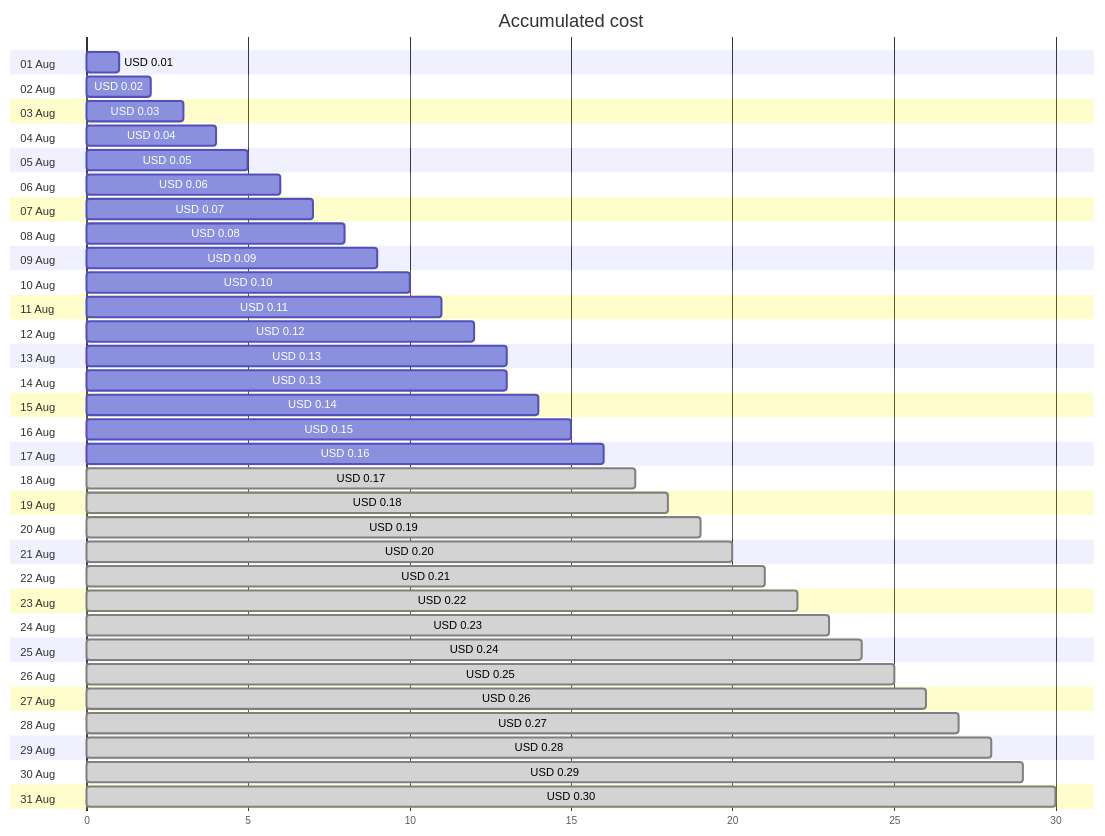
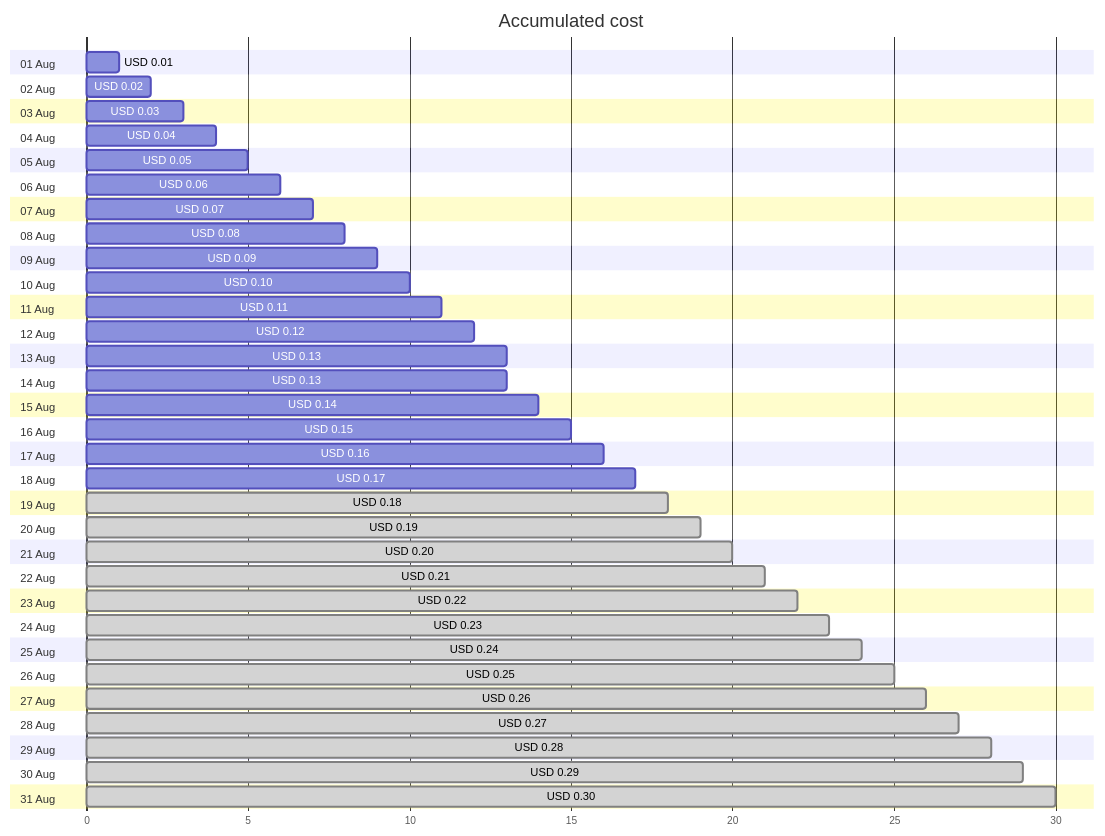
The first of 4 diagrams in cost-reports/cloud-shell-storage-eastus/README.md (jpfulton/azure-personal-reports), drawn with Mermaid before and after one commit. The commit also changed other lines of this file and 1 other file, not shown here.

````diff
--- a/cost-reports/cloud-shell-storage-eastus/README.md
+++ b/cost-reports/cloud-shell-storage-eastus/README.md
@@ -20,68 +20,68 @@
 ```mermaid
 gantt
    title Accumulated cost
    dateFormat  X
    axisFormat %s
    section 01 Aug
    USD 0.01 :0, 1
    section 02 Aug
    USD 0.02 :0, 2
    section 03 Aug
    USD 0.03 :0, 3
    section 04 Aug
    USD 0.04 :0, 4
    section 05 Aug
    USD 0.05 :0, 5
    section 06 Aug
    USD 0.06 :0, 6
    section 07 Aug
    USD 0.07 :0, 7
    section 08 Aug
    USD 0.08 :0, 8
    section 09 Aug
    USD 0.09 :0, 9
    section 10 Aug
    USD 0.10 :0, 10
    section 11 Aug
    USD 0.11 :0, 11
    section 12 Aug
    USD 0.12 :0, 12
    section 13 Aug
    USD 0.13 :0, 13
    section 14 Aug
    USD 0.13 :0, 13
    section 15 Aug
    USD 0.14 :0, 14
    section 16 Aug
    USD 0.15 :0, 15
    section 17 Aug
    USD 0.16 :0, 16
    section 18 Aug
-   USD 0.17 : done, 0, 17
+   USD 0.17 :0, 17
    section 19 Aug
    USD 0.18 : done, 0, 18
    section 20 Aug
    USD 0.19 : done, 0, 19
    section 21 Aug
    USD 0.20 : done, 0, 20
    section 22 Aug
    USD 0.21 : done, 0, 21
    section 23 Aug
    USD 0.22 : done, 0, 22
    section 24 Aug
    USD 0.23 : done, 0, 23
    section 25 Aug
    USD 0.24 : done, 0, 24
    section 26 Aug
    USD 0.25 : done, 0, 25
    section 27 Aug
    USD 0.26 : done, 0, 26
    section 28 Aug
    USD 0.27 : done, 0, 27
    section 29 Aug
    USD 0.28 : done, 0, 28
    section 30 Aug
    USD 0.29 : done, 0, 29
    section 31 Aug
    USD 0.30 : done, 0, 30
 ```
````
